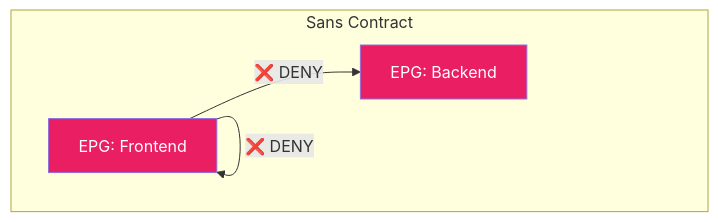
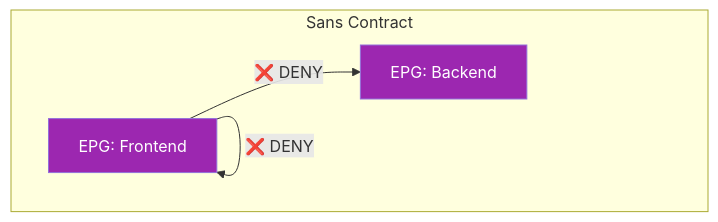
One commit to VBlackJack/ShellBook changed the first of 7 diagrams in docs/formations/terraform-aci/04-module.md. Above: the diagram before and after it, drawn with Mermaid. The commit also changed other lines of this file and 337 other files, not shown here.

First line of the commit message:
refactor(docs): Standardize code blocks and Mermaid colors

````diff
--- a/docs/formations/terraform-aci/04-module.md
+++ b/docs/formations/terraform-aci/04-module.md
@@ -35,13 +35,13 @@
 ```mermaid
 graph TB
     subgraph "Sans Contract"
         EPG1["EPG: Frontend"]
         EPG2["EPG: Backend"]
 
         EPG1 -->|"❌ DENY"| EPG2
         EPG1 -->|"❌ DENY"| EPG1
     end
 
-    style EPG1 fill:#e91e63,color:#fff
-    style EPG2 fill:#e91e63,color:#fff
+    style EPG1 fill:#9C27B0,color:#fff
+    style EPG2 fill:#9C27B0,color:#fff
 ```
````
